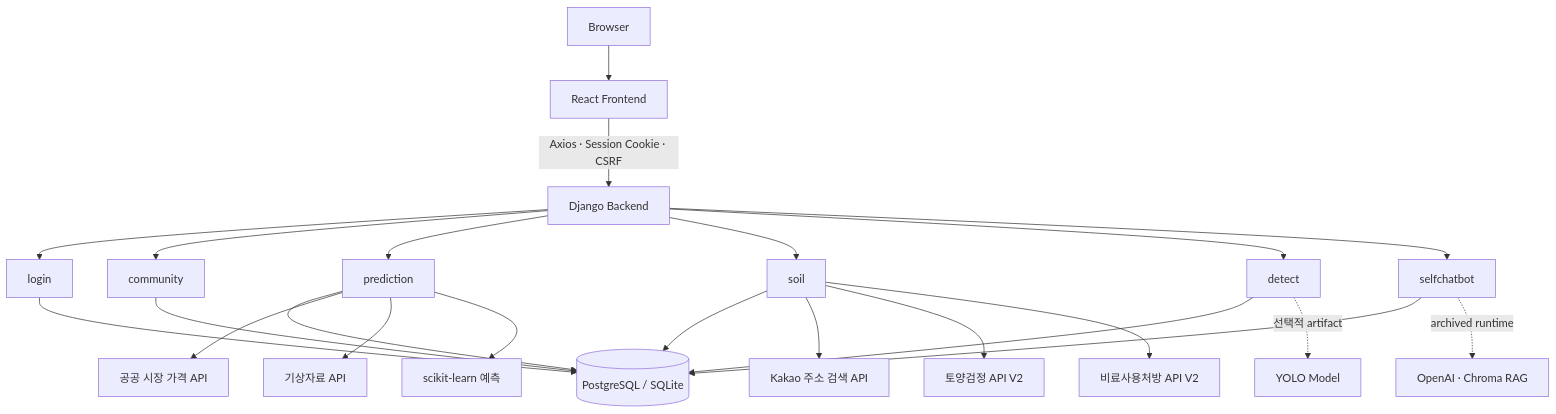
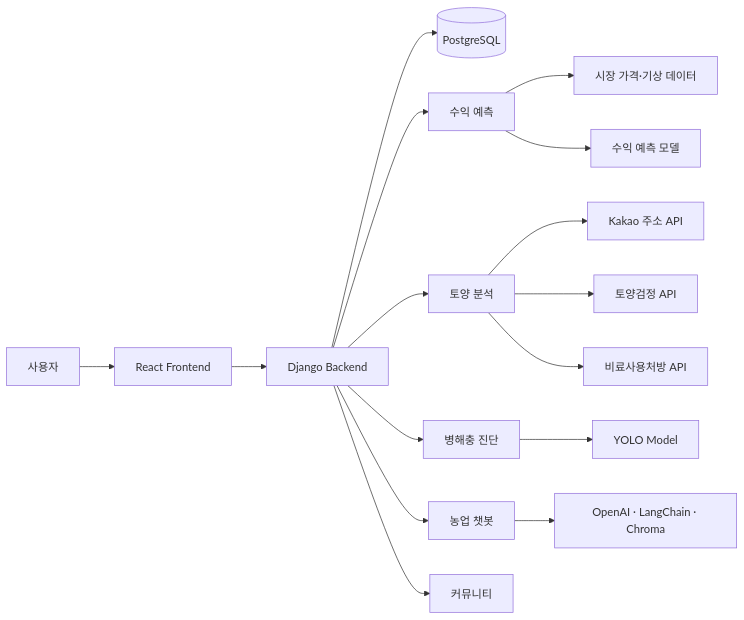
Before and after one commit to minjuko/farm-copilot: the diagram in README.md, drawn with Mermaid. The commit also changed other lines of this file and 5 other files, not shown here.

````diff
--- a/README.md
+++ b/README.md
@@ -97,30 +80,22 @@
-```mermaid
-flowchart TB
-    U[Browser] --> F[React Frontend]
-    F -->|Axios · Session Cookie · CSRF| D[Django Backend]
+``` mermaid
+flowchart LR
+    U[사용자] --> F[React Frontend]
+    F --> D[Django Backend]
 
-    D --> AUTH[login]
-    D --> COMMUNITY[community]
-    D --> PREDICTION[prediction]
-    D --> SOIL[soil]
-    D --> DETECT[detect]
-    D --> CHAT[selfchatbot]
+    D --> DB[(PostgreSQL)]
+    D --> P[수익 예측]
+    D --> S[토양 분석]
+    D --> Y[병해충 진단]
+    D --> C[농업 챗봇]
+    D --> B[커뮤니티]
 
-    AUTH --> DB[(PostgreSQL / SQLite)]
-    COMMUNITY --> DB
-    PREDICTION --> DB
-    SOIL --> DB
-    DETECT --> DB
-    CHAT --> DB
+    P --> M[시장 가격·기상 데이터]
+    P --> ML[수익 예측 모델]
 
-    PREDICTION --> MARKET[공공 시장 가격 API]
-    PREDICTION --> WEATHER[기상자료 API]
-    PREDICTION --> ML[scikit-learn 예측]
+    S --> K[Kakao 주소 API]
+    S --> SA[토양검정 API]
+    S --> FA[비료사용처방 API]
 
-    SOIL --> KAKAO[Kakao 주소 검색 API]
-    SOIL --> SOILAPI[토양검정 API V2]
-    SOIL --> FERTILIZER[비료사용처방 API V2]
-
-    DETECT -. 선택적 artifact .-> YOLO[YOLO Model]
-    CHAT -. archived runtime .-> RAG[OpenAI · Chroma RAG]
+    Y --> YOLO[YOLO Model]
+    C --> RAG[OpenAI · LangChain · Chroma]
 ```
````
